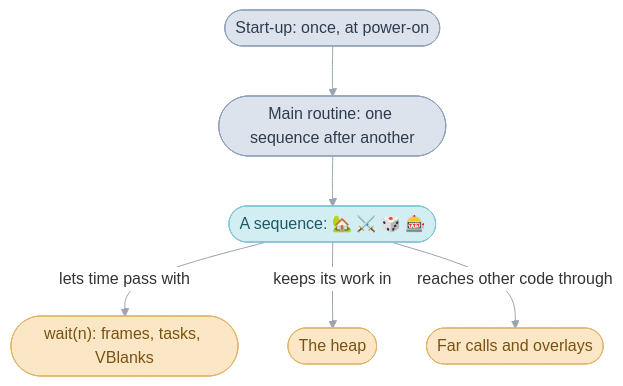
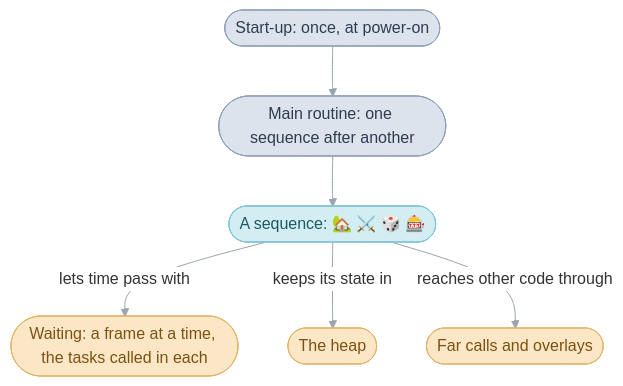
One commit to PascalPixel/alchemy changed the diagram in games/tbs/system.md. Above: the diagram before and after it, drawn with Mermaid. The commit also changed other lines of this file and 21 other files, not shown here.

````diff
--- a/games/tbs/system.md
+++ b/games/tbs/system.md
@@ -29,15 +31,15 @@
 ```mermaid
 %%{init: {"theme": "base", "themeVariables": {"lineColor": "#9AA3AE", "edgeLabelBackground": "#FFFFFF"}, "flowchart": {"curve": "basis", "padding": 12}}}%%
 flowchart TD
   startup(["Start-up: once, at power-on"]) --> main(["Main routine: one sequence after another"])
   main --> sequence(["A sequence: 🏡 ⚔️ 🎲 🎰"])
-  sequence -- "lets time pass with" --> waitCall(["wait(n): frames, tasks, VBlanks"])
-  sequence -- "keeps its work in" --> heap(["The heap"])
+  sequence -- "lets time pass with" --> waitCall(["Waiting: a frame at a time, the tasks called in each"])
+  sequence -- "keeps its state in" --> heap(["The heap"])
   sequence -- "reaches other code through" --> far(["Far calls and overlays"])
   classDef mainRoutine fill:#DDE3EC,stroke:#8FA0B8,color:#2E3C50
   classDef sequence fill:#D2EEF3,stroke:#7FC3D0,color:#1E5966
   classDef frame fill:#FBE7C6,stroke:#E0B46A,color:#7A5212
   class startup,main mainRoutine
   class sequence sequence
   class waitCall,heap,far frame
 ```
````
